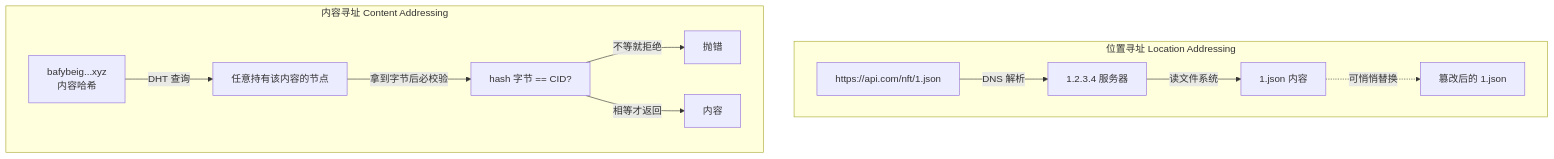
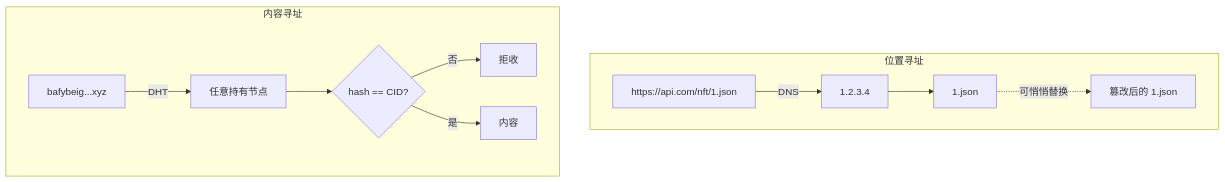
One commit to ChuwuYo/misc-files changed the fourth of 28 diagrams in web3-engineer-guide/14-去中心化存储/README.md. Above: the diagram before and after it, drawn with Mermaid. The commit also changed other lines of this file and 690 other files, not shown here.

````diff
--- a/web3-engineer-guide/14-去中心化存储/README.md
+++ b/web3-engineer-guide/14-去中心化存储/README.md
@@ -142,14 +149,14 @@
 ```mermaid
 flowchart TB
-    subgraph Web2[位置寻址 Location Addressing]
-        URL1[https://api.com/nft/1.json] -->|DNS 解析| IP[1.2.3.4 服务器]
-        IP -->|读文件系统| File1[1.json 内容]
-        File1 -.->|可悄悄替换| File2[篡改后的 1.json]
+    subgraph Web2[位置寻址]
+        URL1[https://api.com/nft/1.json] -->|DNS| IP[1.2.3.4]
+        IP --> File1[1.json]
+        File1 -.可悄悄替换.-> File2[篡改后的 1.json]
     end
-    subgraph Web3[内容寻址 Content Addressing]
-        CID[bafybeig...xyz<br/>内容哈希] -->|DHT 查询| Node[任意持有该内容的节点]
-        Node -->|拿到字节后必校验| Hash[hash 字节 == CID?]
-        Hash -->|不等就拒绝| Reject[抛错]
-        Hash -->|相等才返回| Accept[内容]
+    subgraph Web3[内容寻址]
+        CID[bafybeig...xyz] -->|DHT| Node[任意持有节点]
+        Node --> Hash{hash == CID?}
+        Hash -->|否| Reject[拒收]
+        Hash -->|是| Accept[内容]
     end
 ```
````
